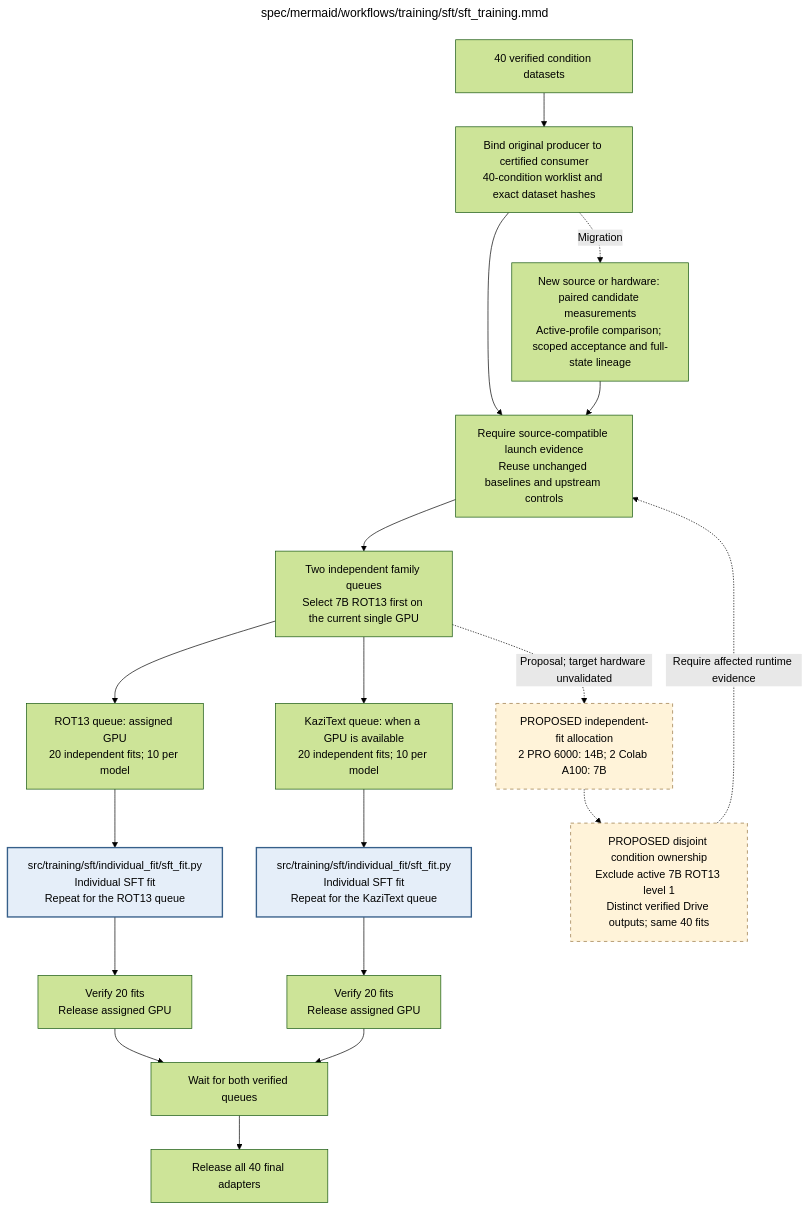
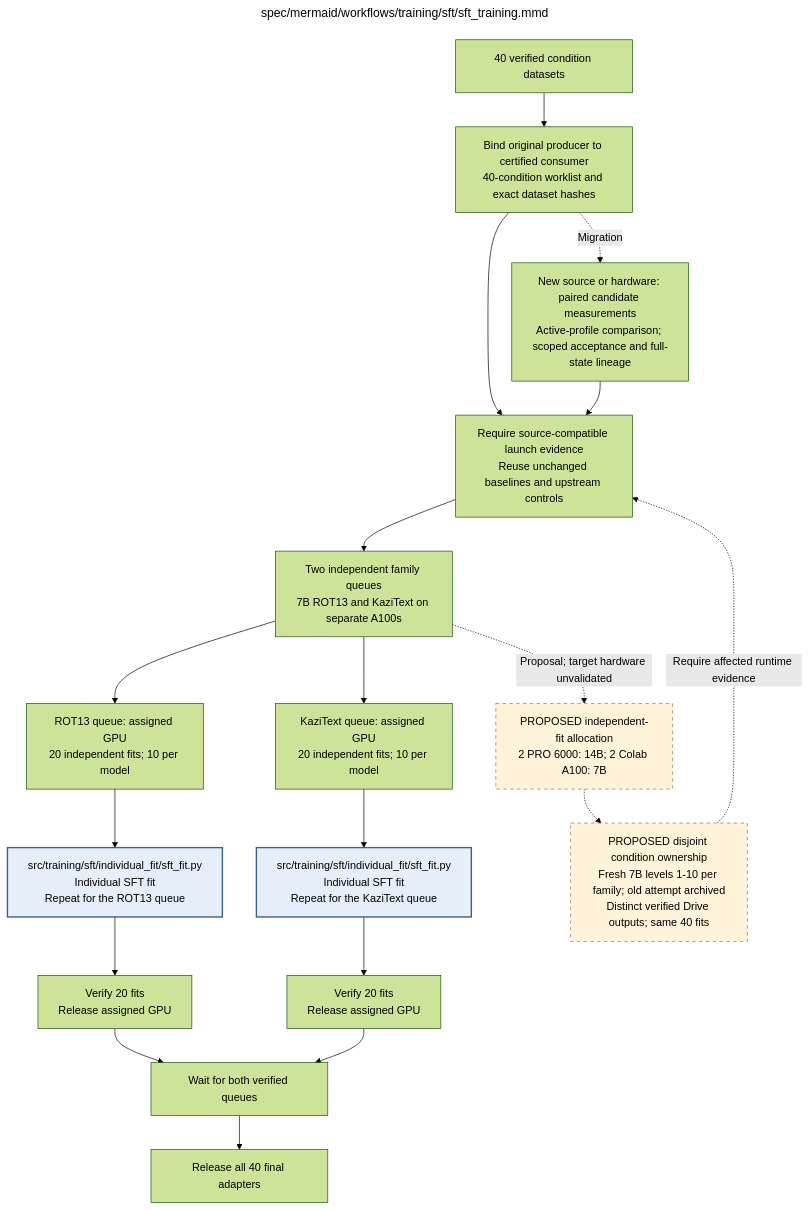
The diagram in spec/mermaid/workflows/training/sft/sft_training.mmd (AJUNNYC/inducing_persistent_textual_chain_of_thought_illegibility), drawn with Mermaid (forest theme) before and after one commit. The commit also changed 16 other files, not shown here.

Commit message:
Document active fresh A100 SFT queues without operator time cutoff

```diff
--- a/spec/mermaid/workflows/training/sft/sft_training.mmd
+++ b/spec/mermaid/workflows/training/sft/sft_training.mmd
@@ -1,67 +1,68 @@
 ---
 title: "spec/mermaid/workflows/training/sft/sft_training.mmd"
 ---
 flowchart TD
 %% SFT training schedule
 %% Edit quoted node labels directly; this is native Mermaid source.
 %% Source 05f42b0 recovery accepted no recomputation only for 7B ROT13 level 1 on RTX PRO 6000 Blackwell 96GB.
 %% CUDA input caching failed speed; other conditions retain the original execution defaults.
 %% CE defaults to spatial_ce; source 6d21fff flat/fused forward candidates failed numerical bounds.
 %% Source 218900d accepted stock spatial forward/tiled backward only for 7B ROT13 level 1 on Blackwell96GB.
 %% Historical source 218900d inherited step 401 with preserved parent checkpoints and verified Drive state.
 %% Source a6e3295 accepted spatial_scheduled_ce for the same selected condition; serial FP32 forward order retained.
 %% Two counterbalanced step-509 pairs passed bitwise state/RNG and additional 24.70-24.98% median time reduction.
 %% Historical a6e3295 lineage began at step 509 with preserved parent bytes.
 %% Final source 07f8a68 copy-removal trial passed bitwise state/RNG but failed speed; rejected.
 %% Historical resume: accepted a6e3295 from step 673 in the same lineage; no new migration.
-%% Current session paused safely at step 987/1250; full checkpoint verified in Drive.
-%% No new worker deployment; remaining 263 updates and final validation await resume.
+%% Historical PRO session paused at step 987/1250; checkpoint archived in Drive.
+%% Current: two A100 40GB baseline queues, 7B ROT13 and KaziText levels 1-10, fresh restart.
 %% Optimization rounds are closed; all scientific settings and 40 planned fits are retained.
 %% PROPOSED only: two PRO 6000 workers for 14B and two Colab A100 workers for remaining 7B fits.
-%% Current 7B ROT13 level 1 stays owned; no duplicate condition, new deployment or A100/14B approval.
+%% Native 7B baseline controls passed on both A100s; 14B remains unstarted.
+%% No user-imposed wall-clock deadline; whole checkpoints require Drive verification.
 %% Planning source: docs/sft_multi_gpu_execution_plan.md; forecasts are estimates, not benchmarks.
 %% Loss trials compare against active no recomputation; preserve latest full-state progress and RNG.
 %% Contract: ../../shared_procedures/recovery_procedure.mmd applies to execution failures.
 %% Each queue covers 7B and 14B at all 10 levels; fits are independent and start from untouched bases.
 %% Within each queue, select the next unfinished fit until all 20 are verified.
 %% Current certified launcher serializes selected model/levels on one GPU.
 %% Whole optimizer updates and full checkpoints must pass verified Drive barriers.
 %% Later adapter evaluation explicitly reuses the frozen vLLM measurement contract.
 %% Accepted execution evidence is scoped to one model/family/level; do not release the whole matrix from one screen.
 %% Migration inherits verified full-state progress and preserves parent checkpoint bytes.
 %% A failed fit stops that queue and yields a partial report; the other queue may finish valid work.
 %% Child: ROTFIT => individual_fit/sft_fit.mmd
 %% Child: KAZFIT => individual_fit/sft_fit.mmd
     INPUT["40 verified condition datasets"]
     CERT["Bind original producer to certified consumer<br/>40-condition worklist and exact dataset hashes"]
     GATES["Require source-compatible launch evidence<br/>Reuse unchanged baselines and upstream controls"]
-    PLAN["Two independent family queues<br/>Select 7B ROT13 first on the current single GPU"]
+    PLAN["Two independent family queues<br/>7B ROT13 and KaziText on separate A100s"]
     ROT["ROT13 queue: assigned GPU<br/>20 independent fits; 10 per model"]
-    KAZ["KaziText queue: when a GPU is available<br/>20 independent fits; 10 per model"]
+    KAZ["KaziText queue: assigned GPU<br/>20 independent fits; 10 per model"]
     ROTFIT["src/training/sft/individual_fit/sft_fit.py<br/>Individual SFT fit<br/>Repeat for the ROT13 queue"]
     KAZFIT["src/training/sft/individual_fit/sft_fit.py<br/>Individual SFT fit<br/>Repeat for the KaziText queue"]
     ROTDONE["Verify 20 fits<br/>Release assigned GPU"]
     KAZDONE["Verify 20 fits<br/>Release assigned GPU"]
     WAIT["Wait for both verified queues"]
     OUT["Release all 40 final adapters"]
     BENCH["New source or hardware: paired candidate measurements<br/>Active-profile comparison; scoped acceptance and full-state lineage"]
     PROPOSED["PROPOSED independent-fit allocation<br/>2 PRO 6000: 14B; 2 Colab A100: 7B"]
-    OWNERS["PROPOSED disjoint condition ownership<br/>Exclude active 7B ROT13 level 1<br/>Distinct verified Drive outputs; same 40 fits"]
+    OWNERS["PROPOSED disjoint condition ownership<br/>Fresh 7B levels 1-10 per family; old attempt archived<br/>Distinct verified Drive outputs; same 40 fits"]
     PLAN -.->|Proposal; target hardware unvalidated| PROPOSED
     PROPOSED -.-> OWNERS
     OWNERS -.->|Require affected runtime evidence| GATES
     INPUT --> CERT --> GATES --> PLAN
     CERT -.->|Migration| BENCH --> GATES
     PLAN --> ROT --> ROTFIT --> ROTDONE --> WAIT
     PLAN --> KAZ --> KAZFIT --> KAZDONE --> WAIT
     WAIT --> OUT
     classDef detail fill:#e5eef9,stroke:#365f8a,stroke-width:2px
     class ROTFIT,KAZFIT detail
     classDef proposal fill:#fff3d9,stroke:#95733f,stroke-dasharray:5 5
     class PROPOSED,OWNERS proposal
 
 %% Repository module: src/training/sft/sft_training.py
 %% Module documentation: docs/modules/training/sft/sft_training.md
 %% Unit test: tests/unit/training/sft/test_sft_training.py
 %% Owner: sft
 %% Source sections: C.2; E.1.1–E.1.3; E.2.2,E.2.5
```
